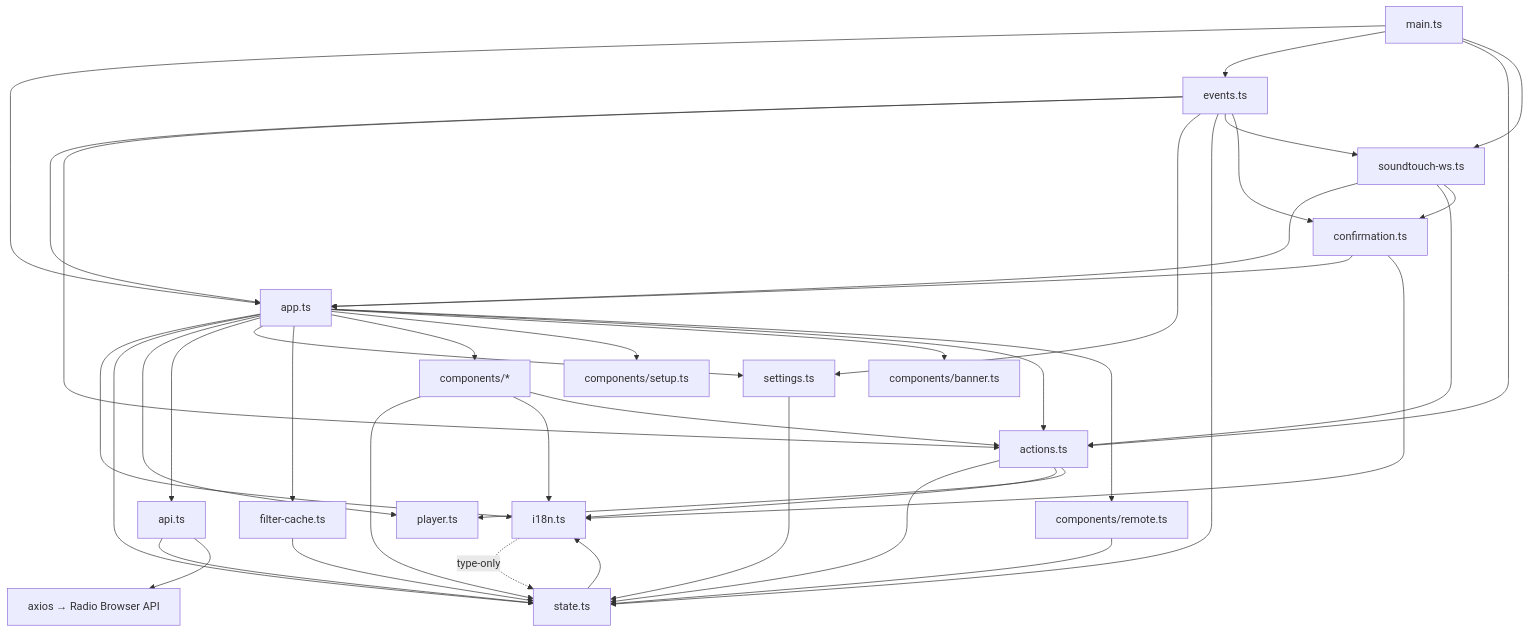
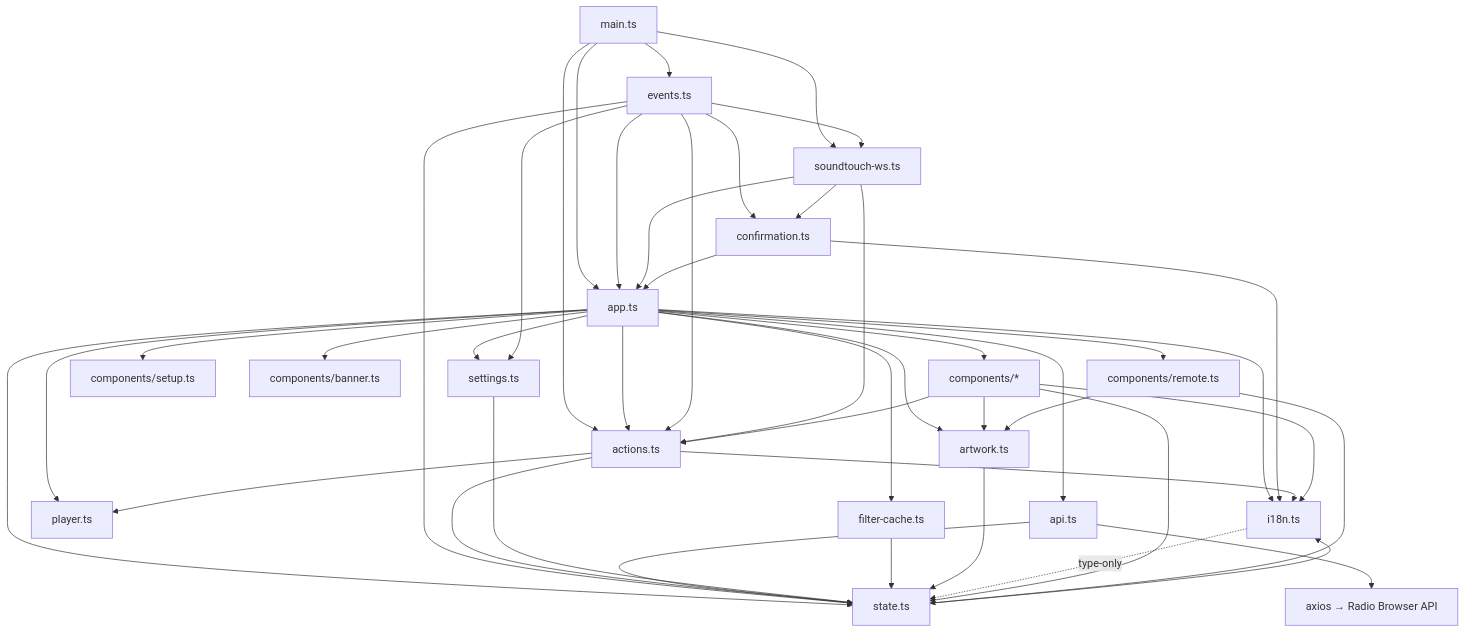
Before and after one commit to Makatumba/after-touch-radio-browser: the diagram in ARCHITECTURE.md, drawn with Mermaid. The commit also changed other lines of this file, not shown here.

Commit message:
docs: sync ARCHITECTURE.md with the FR-6 station artwork module

````diff
--- a/ARCHITECTURE.md
+++ b/ARCHITECTURE.md
@@ -83,42 +87,46 @@
 ```mermaid
 graph TD
     MAIN[main.ts] --> APP[app.ts]
     MAIN --> EVT[events.ts]
     MAIN --> ACT[actions.ts]
     MAIN --> WS[soundtouch-ws.ts]
     APP --> I18N[i18n.ts]
     APP --> ST[state.ts]
     APP --> PL[player.ts]
     APP --> API[api.ts]
     APP --> SET[settings.ts]
     APP --> FCACHE[filter-cache.ts]
+    APP --> ART[artwork.ts]
     APP --> COMP[components/*]
     APP --> SETUP[components/setup.ts]
     APP --> BANNER[components/banner.ts]
     APP --> ACT
     APP --> REMOTE[components/remote.ts]
     EVT --> APP
     EVT --> ACT
     EVT --> SET
     EVT --> ST
     EVT --> WS
     WS --> APP
     WS --> ACT
     EVT --> CONF[confirmation.ts]
     WS --> CONF
     CONF --> APP
     CONF --> I18N
     ACT --> ST
     ACT --> I18N
     ACT --> PL
     API --> ST
     API --> AXIOS[axios → Radio Browser API]
     SET --> ST
     FCACHE --> ST
+    ART --> ST
     ST --> I18N
     I18N -.-> |type-only| ST
     COMP --> ST
     COMP --> I18N
     COMP --> ACT
+    COMP --> ART
     REMOTE --> ST
+    REMOTE --> ART
 ```
````
